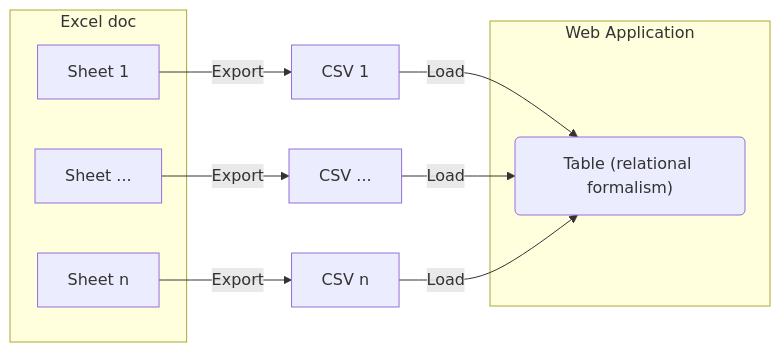
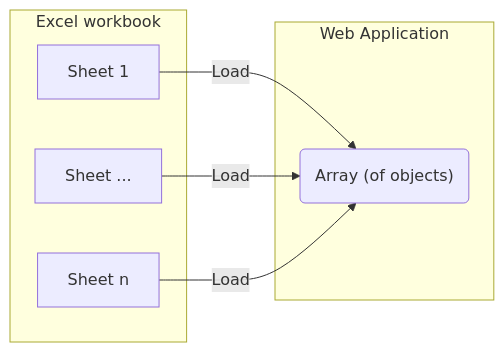
One commit to VCityTeam/PEPR-VDBI changed the diagram in data-visualization/docs/initial-import-test.md. Above: the diagram before and after it, drawn with Mermaid. The commit also changed other lines of this file and 10 other files, not shown here.

````diff
--- a/data-visualization/docs/initial-import-test.md
+++ b/data-visualization/docs/initial-import-test.md
@@ -14,17 +17,14 @@
 ```mermaid
 flowchart LR
-    subgraph Excel doc
+    subgraph Excel workbook
         AA[Sheet 1]
         AB[Sheet ...]
         AC[Sheet n]
     end
-    AA -->|Export| BA[CSV 1]
-    AB -->|Export| BB[CSV ...]
-    AC -->|Export| BC[CSV n]
+    AA -->|Load| C
+    AB -->|Load| C
+    AC -->|Load| C
     subgraph Web Application
-        C("Table (relational formalism)")
+        C("Array (of objects)")
     end
-    BA -->|Load| C
-    BB -->|Load| C
-    BC -->|Load| C
 ```
````
